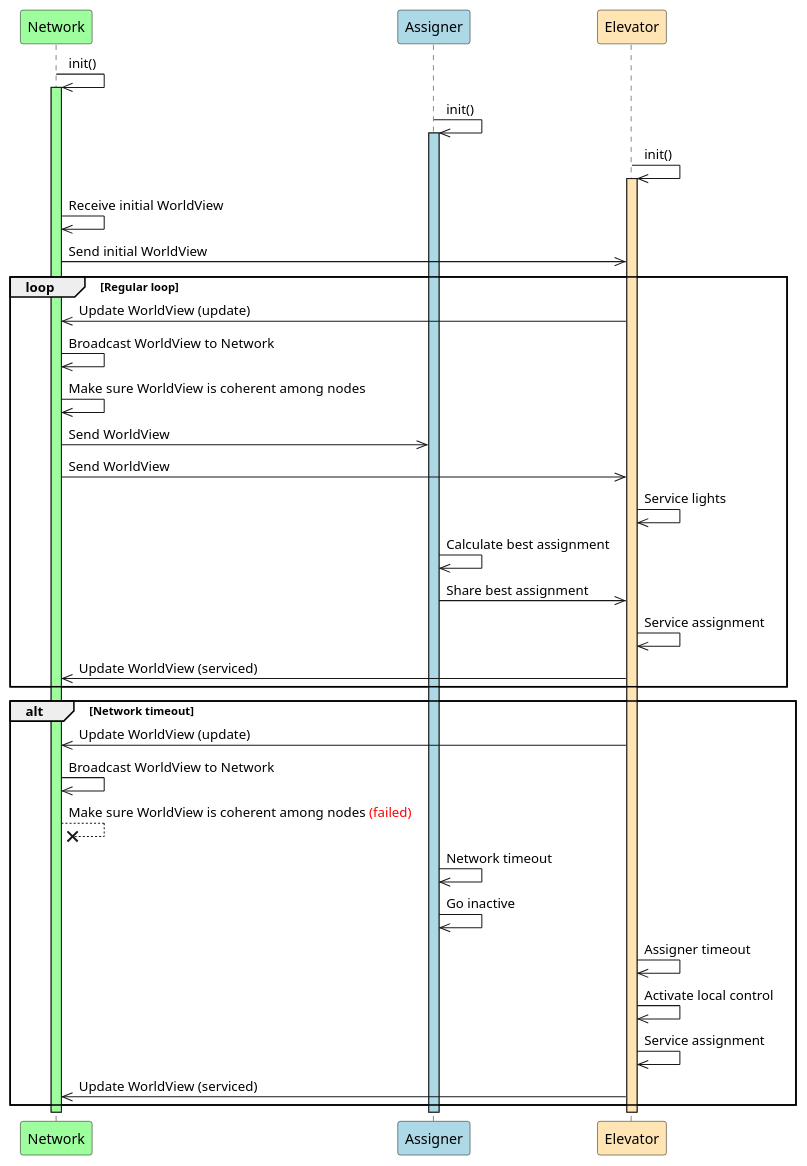
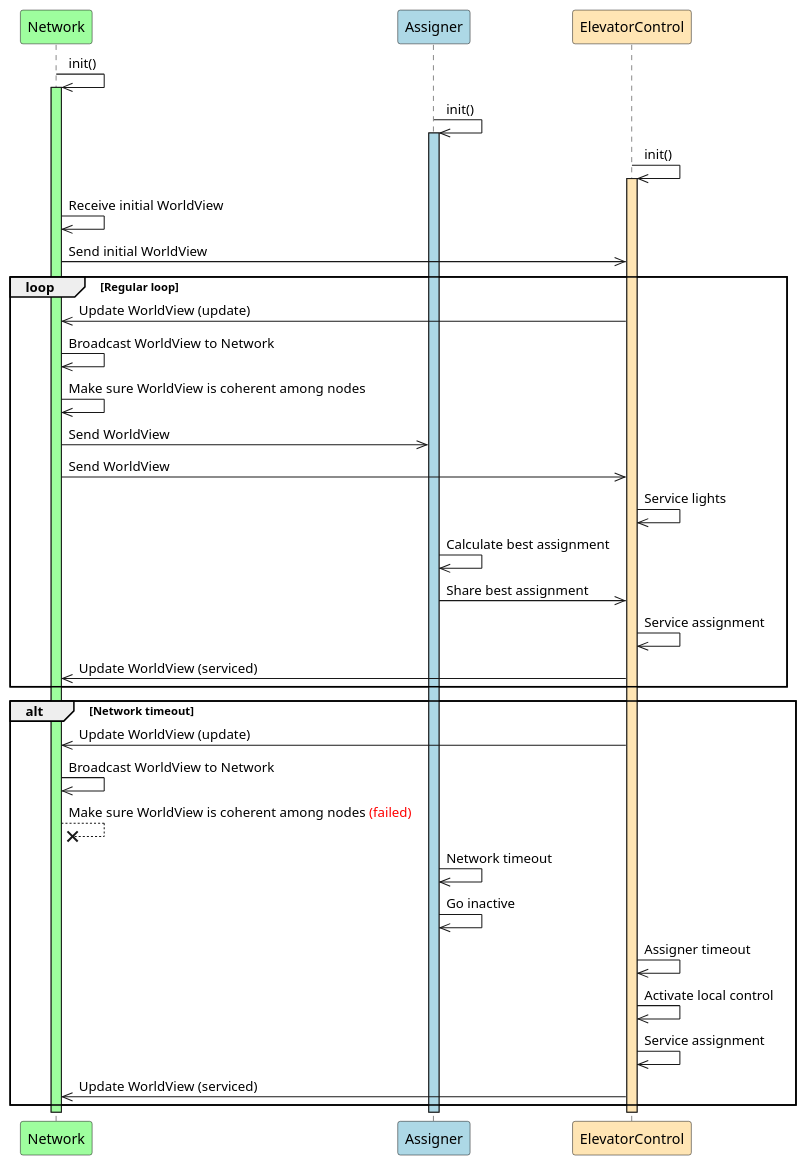
Before and after one commit to Lucas-Vo/heislab2: the diagram in UML/diagrams/thread_handle_request_sequence_diagram.puml, drawn with PlantUML. The commit also changed 1 other file, not shown here.

```diff
--- a/UML/diagrams/thread_handle_request_sequence_diagram.puml
+++ b/UML/diagrams/thread_handle_request_sequence_diagram.puml
@@ -1,46 +1,46 @@
 @startuml Thread Handle Request Sequence Diagram
     participant Network #9efe9eff
     participant Assigner #LightBlue
-    participant Elevator #FFE5B4
+    participant ElevatorControl #FFE5B4
 
     Network->>Network:init()
     activate Network #9efe9eff
     Assigner->>Assigner:init()
     activate Assigner #LightBlue
-    Elevator->>Elevator:init() 
-    activate Elevator #FFE5B4
+    ElevatorControl->>ElevatorControl:init() 
+    activate ElevatorControl #FFE5B4
     Network->>Network: Receive initial WorldView
-    Network->>Elevator: Send initial WorldView
+    Network->>ElevatorControl: Send initial WorldView
 
     loop Regular loop
-    Elevator->>Network: Update WorldView (update)
+    ElevatorControl->>Network: Update WorldView (update)
     Network->>Network: Broadcast WorldView to Network
     Network->>Network: Make sure WorldView is coherent among nodes
     Network->>Assigner: Send WorldView
-    Network->>Elevator: Send WorldView
-    Elevator->>Elevator: Service lights
+    Network->>ElevatorControl: Send WorldView
+    ElevatorControl->>ElevatorControl: Service lights
 
     Assigner->>Assigner: Calculate best assignment
-    Assigner->>Elevator: Share best assignment
-    Elevator->>Elevator: Service assignment
-    Elevator->>Network: Update WorldView (serviced)
+    Assigner->>ElevatorControl: Share best assignment
+    ElevatorControl->>ElevatorControl: Service assignment
+    ElevatorControl->>Network: Update WorldView (serviced)
     end
 
     alt Network timeout
-    Elevator->>Network: Update WorldView (update)
+    ElevatorControl->>Network: Update WorldView (update)
     Network->>Network: Broadcast WorldView to Network 
     Network--x Network: Make sure WorldView is coherent among nodes <color:red>(failed)</color>
 
 
     Assigner->>Assigner: Network timeout
     Assigner->>Assigner: Go inactive
-    Elevator->>Elevator: Assigner timeout
-    Elevator->>Elevator: Activate local control
-    Elevator->>Elevator: Service assignment
-    Elevator->>Network: Update WorldView (serviced)
+    ElevatorControl->>ElevatorControl: Assigner timeout
+    ElevatorControl->>ElevatorControl: Activate local control
+    ElevatorControl->>ElevatorControl: Service assignment
+    ElevatorControl->>Network: Update WorldView (serviced)
     end
 
     deactivate Network
     deactivate Assigner
-    deactivate Elevator
+    deactivate ElevatorControl
 @enduml
```
